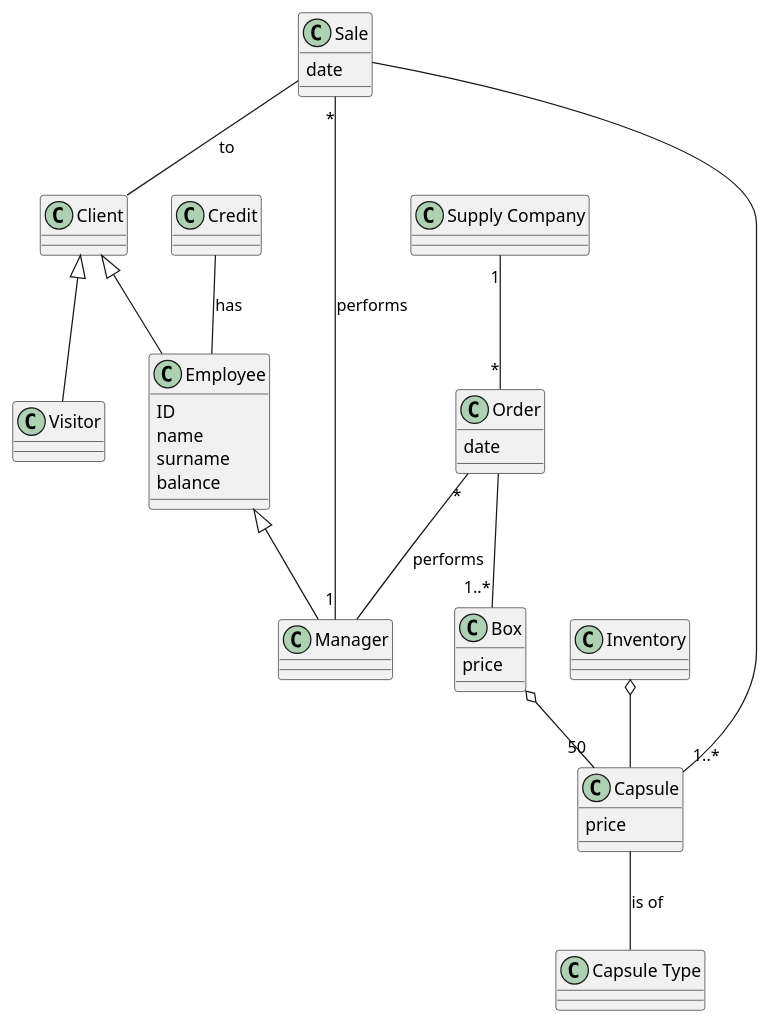
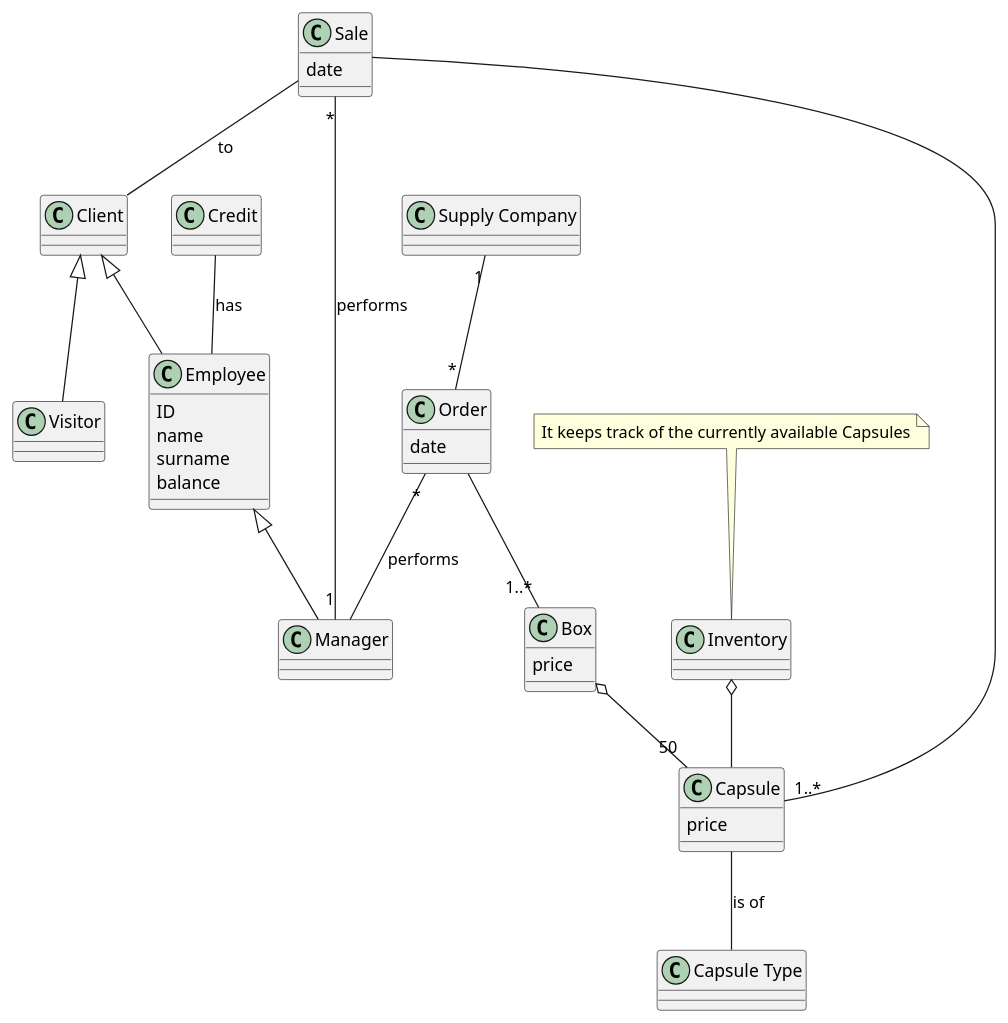
One commit to roypaulin/laTazza changed the third of 4 diagrams in Project/Requirements/RequirementDocument.md. Above: the diagram before and after it, drawn with PlantUML.

Commit message:
add note on Glossary

````diff
--- a/Project/Requirements/RequirementDocument.md
+++ b/Project/Requirements/RequirementDocument.md
@@ -299,63 +299,65 @@
 ```plantuml
 class Visitor{
 }
 
 class Employee{
 ID
 name
 surname
 balance
 }
 
 class Client{
 }
 
 class "Supply Company"{
 }
 
 class Manager{
 }
 
 class Credit{
 }
 class Capsule{
 price
 }
 
 class "Capsule Type"{
 }
 class Box {
 price
 }
 
 
 class Inventory{
 }
 
 class Sale{
 date
 }
 
 class Order{
 date
 }
 
 Order "*" -- Manager: performs
 Order -- "1..*" Box
 "Supply Company" "1" -- "*" Order 
 
 Sale "*" -- "1" Manager: performs
 Sale -- Client: to
 Sale -- "1..*" Capsule 
 
 Credit -- Employee: has
 Box o-- “50” Capsule
 Inventory o-- Capsule
 
 Client <|-- Employee
 Client <|-- Visitor
 
 Employee <|-- Manager
 
 Capsule -- "Capsule Type": is of
+
+note top of Inventory: It keeps track of the currently available Capsules 
 ```
````
